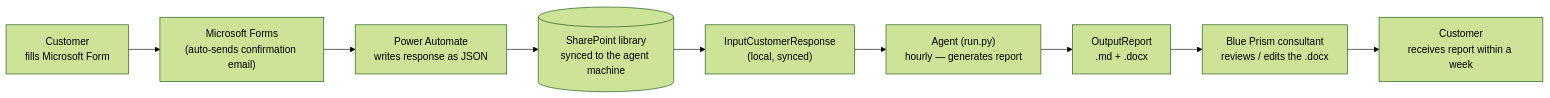
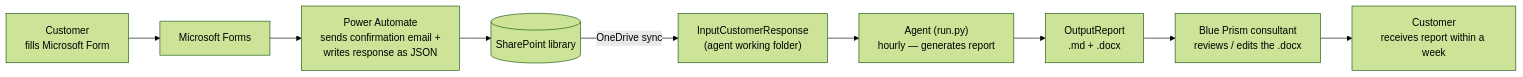
One commit to alfredlauyongfu/OnlineTIA changed the diagram in ADMIN_GUIDE.md. Above: the diagram before and after it, drawn with Mermaid (forest theme). The commit also changed other lines of this file, not shown here.

````diff
--- a/ADMIN_GUIDE.md
+++ b/ADMIN_GUIDE.md
@@ -12,11 +12,11 @@
 ```mermaid
 flowchart LR
-    C["Customer<br/>fills Microsoft Form"] --> F["Microsoft Forms<br/>(auto-sends confirmation email)"]
-    F --> PA["Power Automate<br/>writes response as JSON"]
-    PA --> SP[("SharePoint library<br/>synced to the agent machine")]
-    SP --> IN["InputCustomerResponse<br/>(local, synced)"]
+    C["Customer<br/>fills Microsoft Form"] --> F["Microsoft Forms"]
+    F --> PA["Power Automate<br/>sends confirmation email +<br/>writes response as JSON"]
+    PA --> SP[("SharePoint library")]
+    SP -->|OneDrive sync| IN["InputCustomerResponse<br/>(agent working folder)"]
     IN --> AG["Agent (run.py)<br/>hourly — generates report"]
     AG --> OUT["OutputReport<br/>.md + .docx"]
     OUT --> CON["Blue Prism consultant<br/>reviews / edits the .docx"]
     CON --> C2["Customer<br/>receives report within a week"]
 ```
````
